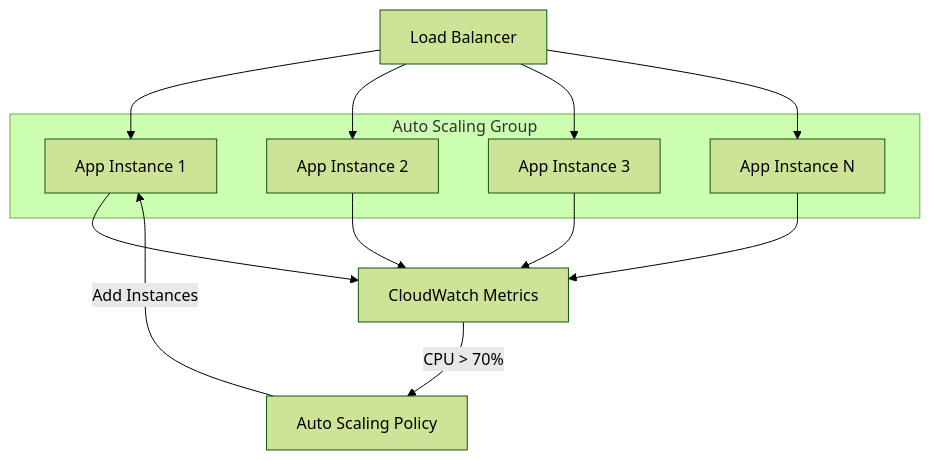
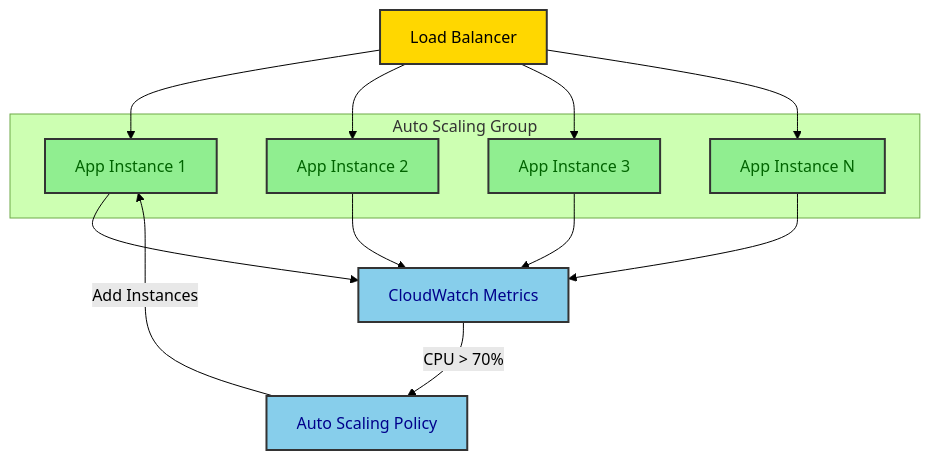
Before and after one commit to kasiopeiya/claude-dev-template: the ninth of 18 diagrams in .claude/skills/design-doc-mermaid/assets/system-design-template.md, drawn with Mermaid (forest theme). The commit also changed other lines of this file and 5 other files, not shown here.

````diff
--- a/.claude/skills/design-doc-mermaid/assets/system-design-template.md
+++ b/.claude/skills/design-doc-mermaid/assets/system-design-template.md
@@ -379,25 +407,33 @@
 ```mermaid
 graph TB
     subgraph "Auto Scaling Group"
         App1[App Instance 1]
         App2[App Instance 2]
         App3[App Instance 3]
         AppN[App Instance N]
     end
 
     LB[Load Balancer]
     Metrics[CloudWatch Metrics]
 
     LB --> App1
     LB --> App2
     LB --> App3
     LB --> AppN
 
     App1 --> Metrics
     App2 --> Metrics
     App3 --> Metrics
     AppN --> Metrics
 
     Metrics -->|CPU > 70%| AutoScale[Auto Scaling Policy]
     AutoScale -->|Add Instances| App1
+
+    classDef app fill:#90EE90,stroke:#333,stroke-width:2px,color:darkgreen
+    classDef edge fill:#FFD700,stroke:#333,stroke-width:2px,color:black
+    classDef control fill:#87CEEB,stroke:#333,stroke-width:2px,color:darkblue
+
+    class App1,App2,App3,AppN app
+    class LB edge
+    class Metrics,AutoScale control
 ```
````
